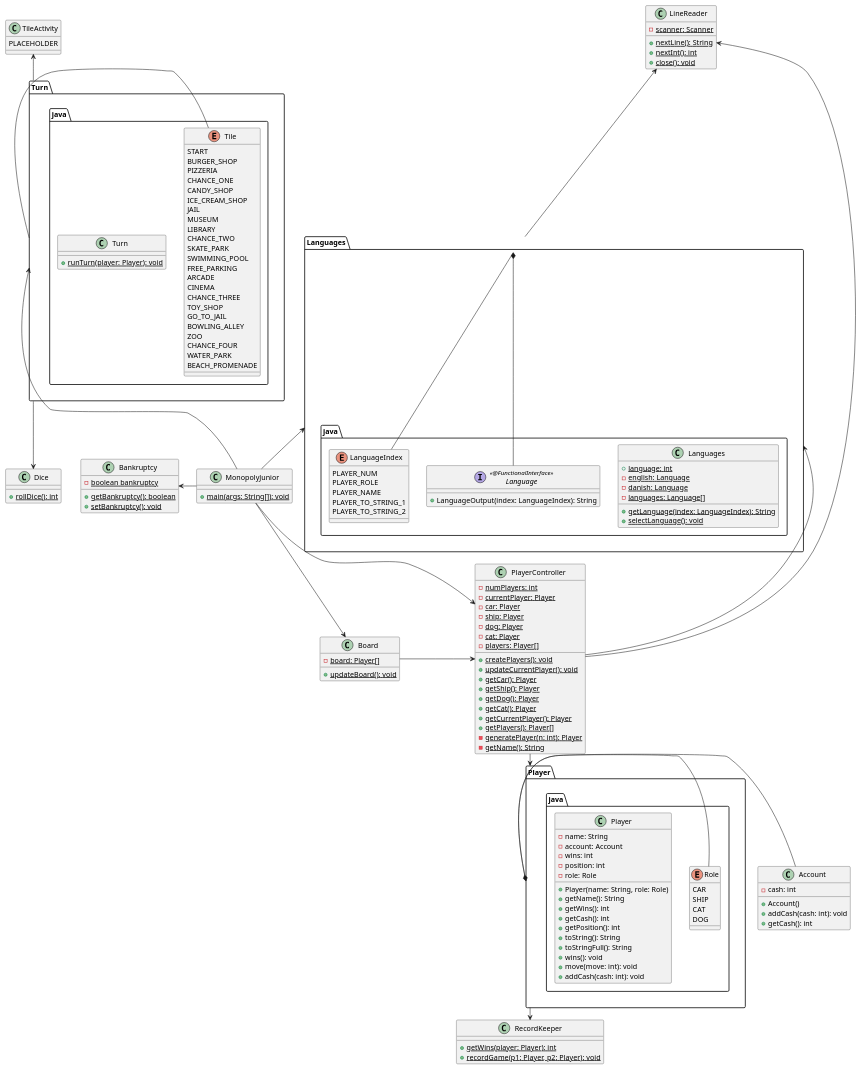
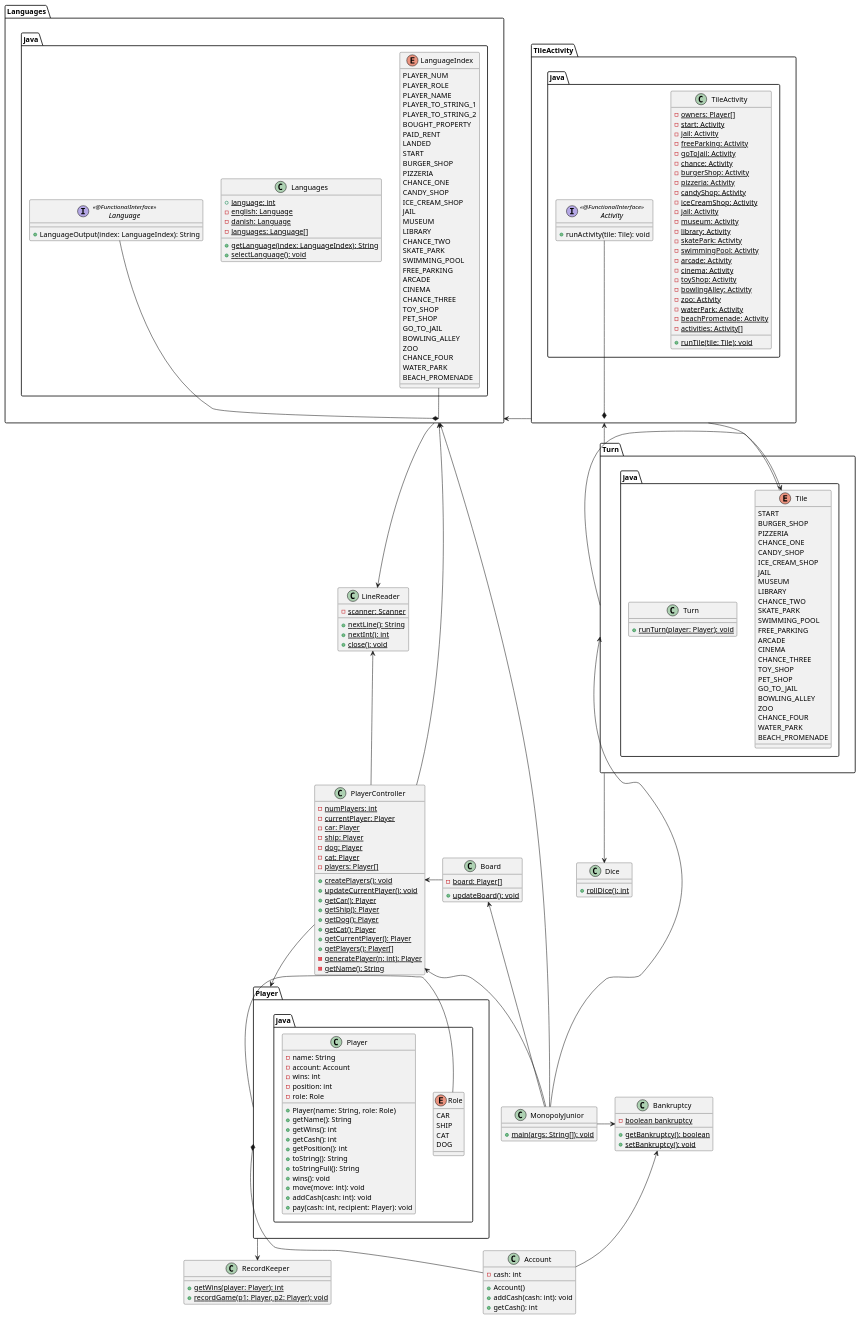
Before and after one commit to s235070/CDIO-3: the diagram in UML/ClassDiagram.wsd, drawn with PlantUML. The commit also changed 7 other files, not shown here.

```diff
--- a/UML/ClassDiagram.wsd
+++ b/UML/ClassDiagram.wsd
@@ -47,6 +47,33 @@
         PLAYER_NAME
         PLAYER_TO_STRING_1
         PLAYER_TO_STRING_2
+        BOUGHT_PROPERTY
+        PAID_RENT
+        LANDED
+        START
+        BURGER_SHOP
+        PIZZERIA
+        CHANCE_ONE
+        CANDY_SHOP
+        ICE_CREAM_SHOP
+        JAIL
+        MUSEUM
+        LIBRARY
+        CHANCE_TWO
+        SKATE_PARK
+        SWIMMING_POOL
+        FREE_PARKING
+        ARCADE
+        CINEMA
+        CHANCE_THREE
+        TOY_SHOP
+        PET_SHOP
+        GO_TO_JAIL
+        BOWLING_ALLEY
+        ZOO
+        CHANCE_FOUR
+        WATER_PARK
+        BEACH_PROMENADE
     }
 }
 
@@ -74,6 +101,7 @@
         + wins(): void
         + move(move: int): void
         + addCash(cash: int): void
+        + pay(cash: int, recipient: Player): void
     }
 
     enum Role {
@@ -109,8 +137,37 @@
     {static} + recordGame(p1: Player, p2: Player): void
 }
 
-class TileActivity {
-    PLACEHOLDER
+package TileActivity.java {
+    class TileActivity {
+        {static} - owners: Player[]
+        {static} - start: Activity
+        {static} - jail: Activity
+        {static} - freeParking: Activity
+        {static} - goToJail: Activity
+        {static} - chance: Activity
+        {static} - burgerShop: Activity
+        {static} - pizzeria: Activity
+        {static} - candyShop: Activity
+        {static} - iceCreamShop: Activity
+        {static} - jail: Activity
+        {static} - museum: Activity
+        {static} - library: Activity
+        {static} - skatePark: Activity
+        {static} - swimmingPool: Activity
+        {static} - arcade: Activity
+        {static} - cinema: Activity
+        {static} - toyShop: Activity
+        {static} - bowlingAlley: Activity
+        {static} - zoo: Activity
+        {static} - waterPark: Activity
+        {static} - beachPromenade: Activity
+        {static} - activities: Activity[]
+        {static} + runTile(tile: Tile): void
+    }
+
+    interface Activity <<@FunctionalInterface>> {
+        + runActivity(tile: Tile): void
+    }
 }
 
 package Turn.java {
@@ -136,6 +193,7 @@
         CINEMA
         CHANCE_THREE
         TOY_SHOP
+        PET_SHOP
         GO_TO_JAIL
         BOWLING_ALLEY
         ZOO
@@ -147,21 +205,25 @@
 
 Languages <-- MonopolyJunior
 Language --* Languages
-Languages -- LanguageIndex
-LineReader <-- Languages
+Languages -l- LanguageIndex
+Languages -d-> LineReader
 MonopolyJunior --> PlayerController
 Languages <-- PlayerController
 LineReader <-- PlayerController
 PlayerController --> Player
-Role - Player
-MonopolyJunior --> Board
-Board -> PlayerController
+Player -l- Role
+MonopolyJunior -l-> Board
+PlayerController <-r- Board
 Player *- Account
 Turn <-- MonopolyJunior
-Tile - Turn
-Turn --> Dice
+Turn -r- Tile
+Turn -d-> Dice
 Player --> RecordKeeper
 TileActivity <-- Turn
-Bankruptcy <- MonopolyJunior
+MonopolyJunior -r-> Bankruptcy
+Activity -d-* TileActivity
+Account -u-> Bankruptcy
+TileActivity --> Tile
+TileActivity -l-> Languages
 
 @enduml
```
